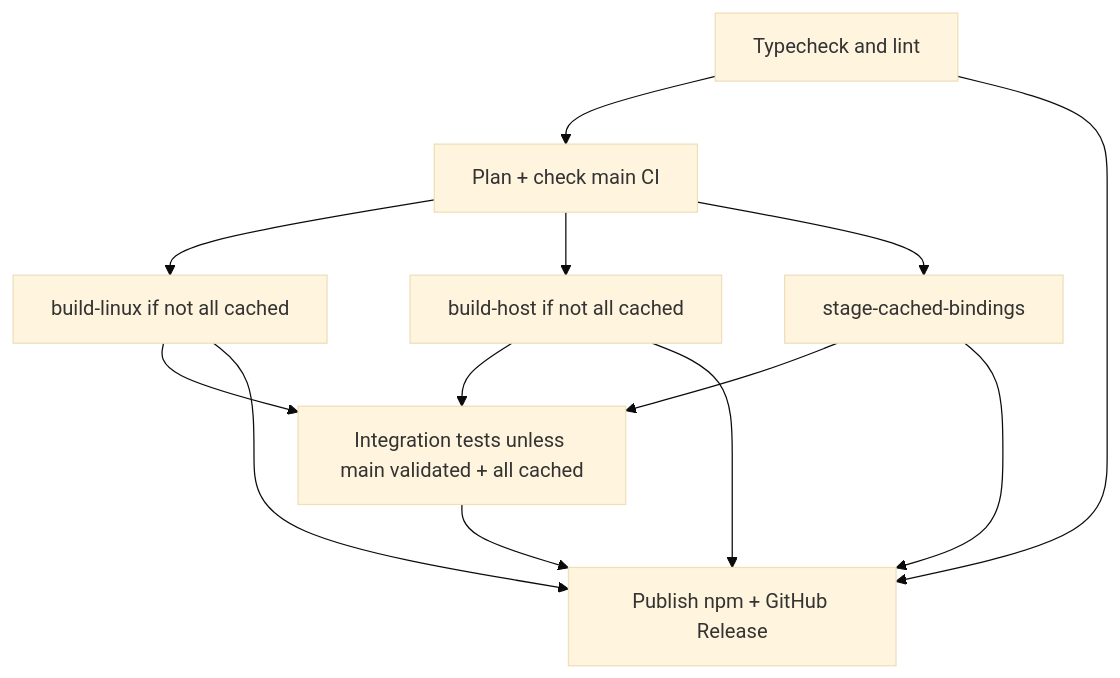
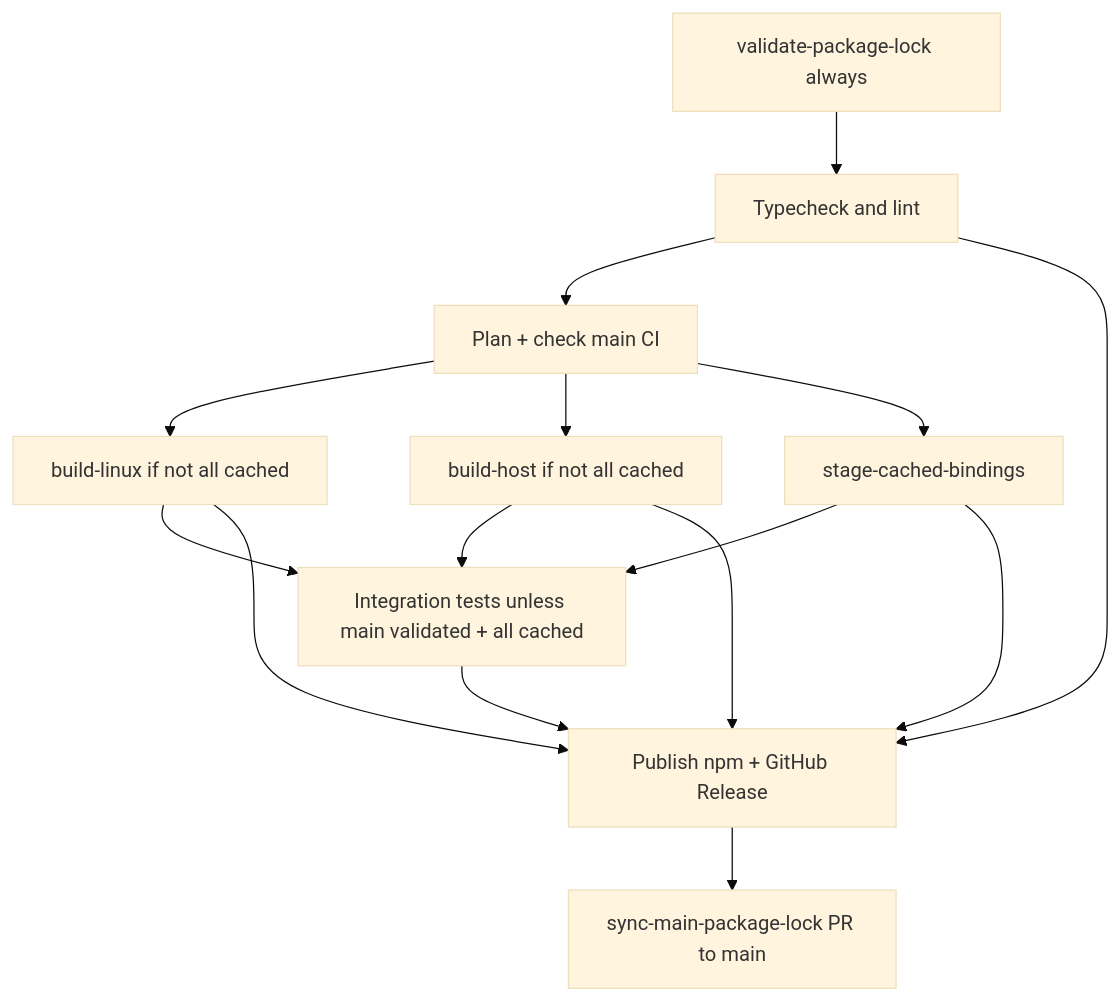
The third of 3 diagrams in scripts/ci/README.md (akirilyuk/node-webrtc-rust), drawn with Mermaid (base theme) before and after one commit. The commit also changed other lines of this file and 21 other files, not shown here.

First line of the commit message:
chore(ci): fix package-lock optional bindings and validate before npm ci (#35)

````diff
--- a/scripts/ci/README.md
+++ b/scripts/ci/README.md
@@ -226,23 +234,27 @@
 ```mermaid
 flowchart TD
+  lock[validate-package-lock always]
   quality[Typecheck and lint]
   plan[Plan + check main CI]
   buildLinux[build-linux if not all cached]
   buildHost[build-host if not all cached]
   stage[stage-cached-bindings]
   test[Integration tests unless main validated + all cached]
   publish[Publish npm + GitHub Release]
+  sync[sync-main-package-lock PR to main]
 
+  lock --> quality
   quality --> plan
   plan --> buildLinux
   plan --> buildHost
   plan --> stage
   buildLinux --> test
   buildHost --> test
   stage --> test
   buildLinux --> publish
   buildHost --> publish
   stage --> publish
   test --> publish
   quality --> publish
+  publish --> sync
 ```
````
